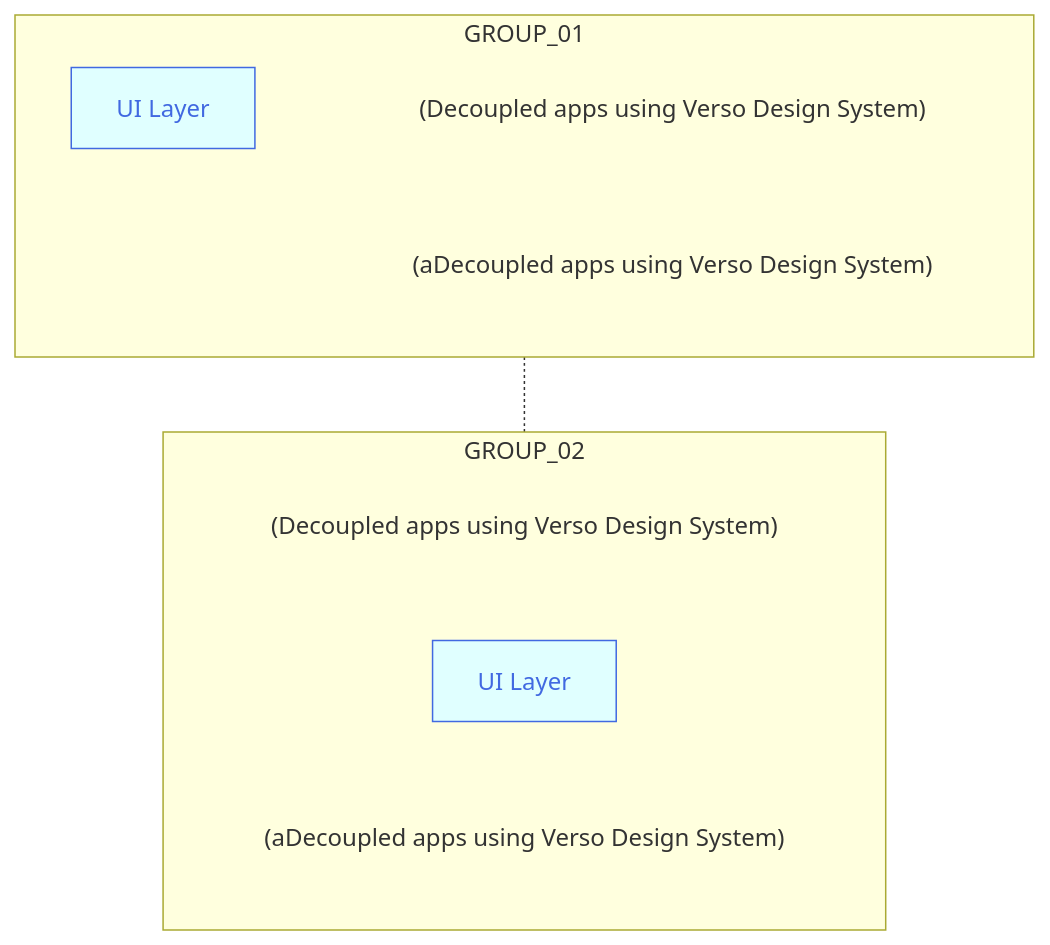
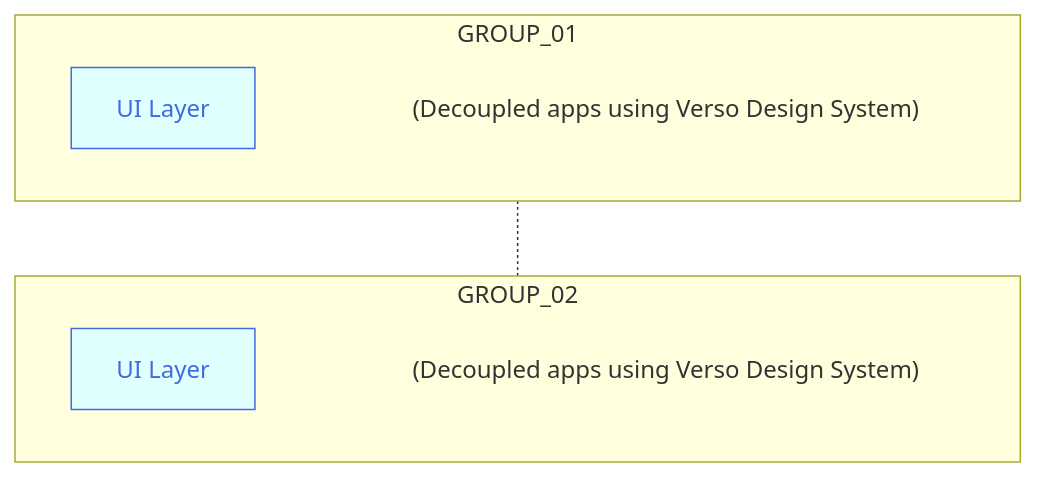
One commit to joe-dorward/samples changed the diagram in buttons_mermaid_v5.md. Above: the diagram before and after it, drawn with Mermaid.

````diff
--- a/buttons_mermaid_v5.md
+++ b/buttons_mermaid_v5.md
@@ -3,41 +3,38 @@
 ```mermaid
   %%{
     init: {
       "flowchart": { "markdownAutoWrap":"false", "textWrap":"false", "wrappingWidth": "100%" }
     }
   }%%
   flowchart TD
 
   classDef Button fill:lightcyan, stroke:royalblue, color:royalblue;
   classDef Note fill:transparent, stroke-width:0px
   %% ---------- ---------- ---------- ---------- ---------- ---------- ---------- ---------- ---------- ----------
   subgraph GROUP_01
     direction LR
 
     BUTTON_01_NOTE["(Decoupled apps using Verso Design System)"]:::Note
-
     BUTTON_01["UI Layer"]:::Button
     click BUTTON_01 "https://en.wikipedia.org/wiki/Main_Page" _blank
-    BUTTON_01a_NOTE["(aDecoupled apps using Verso Design System)"]:::Note
 
     BUTTON_01~~~
     BUTTON_01_NOTE
   end
 
   subgraph GROUP_02
+    direction LR
 
     BUTTON_02_NOTE["(Decoupled apps using Verso Design System)"]:::Note
-
     BUTTON_02["UI Layer"]:::Button
     click BUTTON_02 "https://en.wikipedia.org/wiki/Main_Page" _blank
-    BUTTON_02a_NOTE["(aDecoupled apps using Verso Design System)"]:::Note
 
-    %%BUTTON_02~~~
-    %%BUTTON_02_NOTE
+    BUTTON_02~~~
+    BUTTON_02_NOTE
   end
 
 GROUP_01-.-GROUP_02
 
 %%BUTTON_01-->BUTTON_02
 
 ```
````
